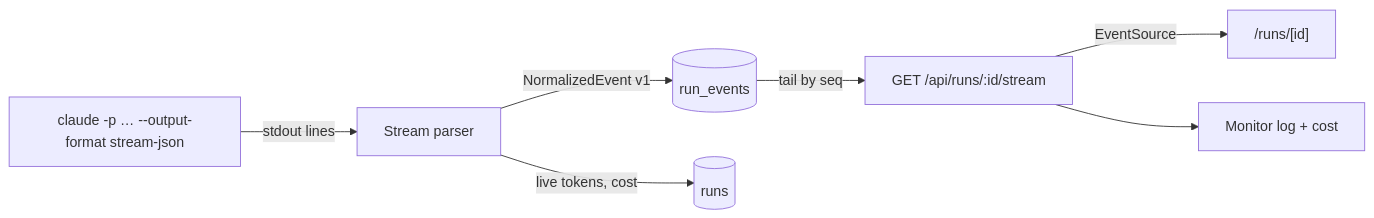
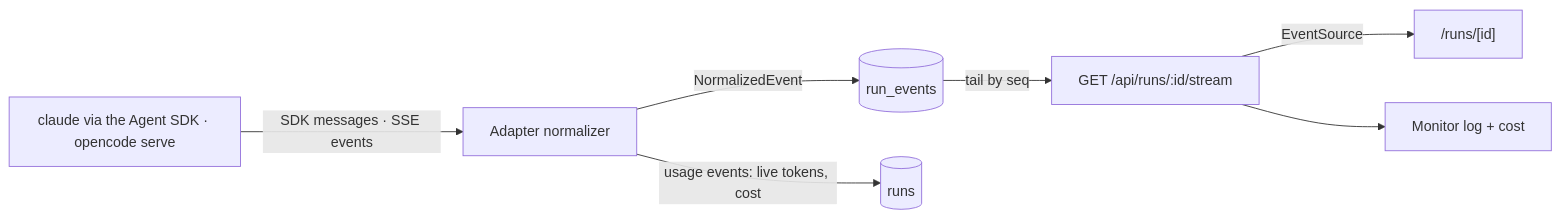
The diagram in docs/FlowBoard/Monitor/Event Stream And SSE.md (ClearCloudSoftware/flowboard), drawn with Mermaid before and after one commit. The commit also changed other lines of this file and 118 other files, not shown here.

````diff
--- a/docs/FlowBoard/Monitor/Event Stream And SSE.md
+++ b/docs/FlowBoard/Monitor/Event Stream And SSE.md
@@ -17,9 +17,9 @@
 ```mermaid
 flowchart LR
-  CLI["claude -p … --output-format stream-json"] -->|stdout lines| Parser[Stream parser]
-  Parser -->|NormalizedEvent v1| RE[(run_events)]
-  Parser -->|live tokens, cost| Runs[(runs)]
+  CLI["claude via the Agent SDK · opencode serve"] -->|SDK messages · SSE events| Parser[Adapter normalizer]
+  Parser -->|NormalizedEvent| RE[(run_events)]
+  Parser -->|usage events: live tokens, cost| Runs[(runs)]
   RE -->|tail by seq| SSE["GET /api/runs/:id/stream"]
   SSE -->|EventSource| Viewer["/runs/[id]"]
   SSE --> Monitor[Monitor log + cost]
 ```
````
